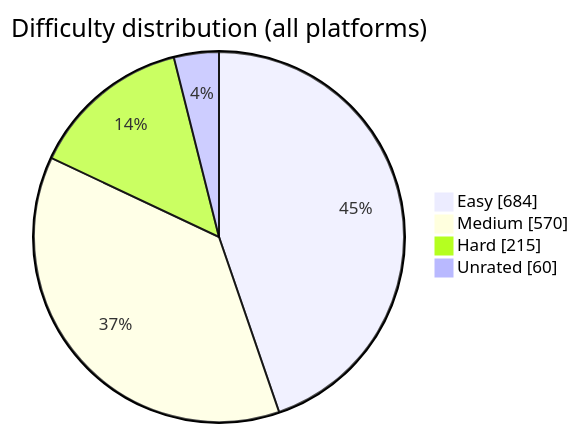
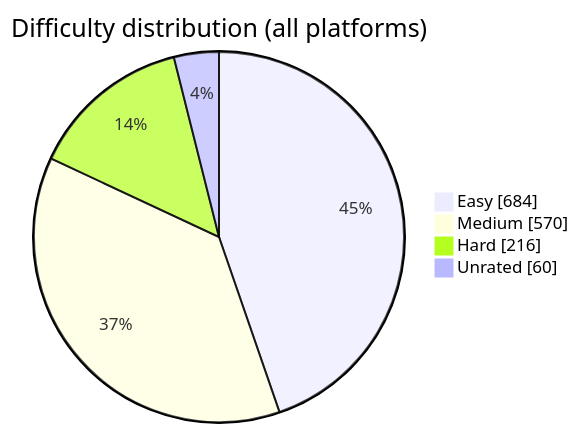
Before and after one commit to BuildbyArindam/Daily-Coding-Log: the diagram in README.md, drawn with Mermaid. The commit also changed other lines of this file, not shown here.

````diff
--- a/README.md
+++ b/README.md
@@ -93,7 +93,7 @@
 ```mermaid
 pie showData title Difficulty distribution (all platforms)
     "Easy" : 684
     "Medium" : 570
-    "Hard" : 215
+    "Hard" : 216
     "Unrated" : 60
 ```
````
